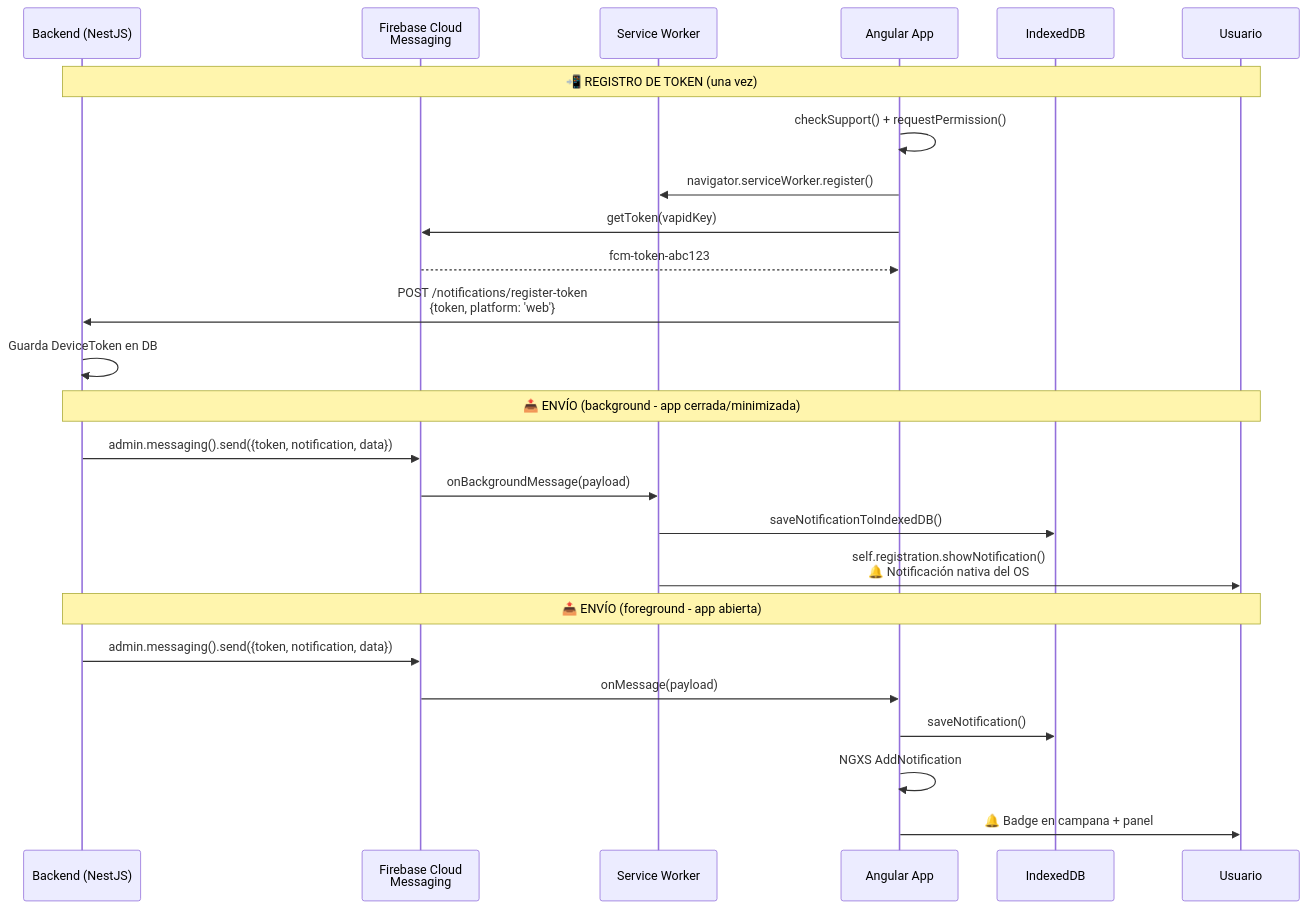
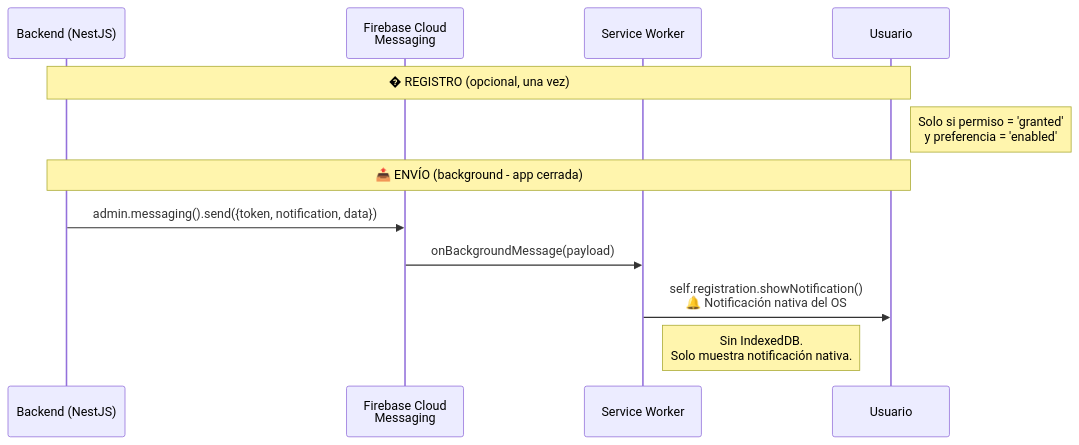
The third of 9 diagrams in docs/NOTIFICATIONS_FLOW.md (fedebracesco1990/fitflow), drawn with Mermaid before and after one commit. The commit also changed other lines of this file, not shown here.

First line of the commit message:
docs: update notifications flow documentation to reflect backend-first architecture

````diff
--- a/docs/NOTIFICATIONS_FLOW.md
+++ b/docs/NOTIFICATIONS_FLOW.md
@@ -95,30 +142,16 @@
 ```mermaid
 sequenceDiagram
     participant Backend as Backend (NestJS)
     participant FCM as Firebase Cloud<br/>Messaging
     participant SW as Service Worker
-    participant App as Angular App
-    participant IDB as IndexedDB
     participant User as Usuario
 
-    Note over Backend,User: 📲 REGISTRO DE TOKEN (una vez)
-    App->>App: checkSupport() + requestPermission()
-    App->>SW: navigator.serviceWorker.register()
-    App->>FCM: getToken(vapidKey)
-    FCM-->>App: fcm-token-abc123
-    App->>Backend: POST /notifications/register-token<br/>{token, platform: 'web'}
-    Backend->>Backend: Guarda DeviceToken en DB
+    Note over Backend,User: � REGISTRO (opcional, una vez)
+    Note right of User: Solo si permiso = 'granted'<br/>y preferencia = 'enabled'
 
-    Note over Backend,User: 📤 ENVÍO (background - app cerrada/minimizada)
+    Note over Backend,User: 📤 ENVÍO (background - app cerrada)
     Backend->>FCM: admin.messaging().send({token, notification, data})
     FCM->>SW: onBackgroundMessage(payload)
-    SW->>IDB: saveNotificationToIndexedDB()
     SW->>User: self.registration.showNotification()<br/>🔔 Notificación nativa del OS
-
-    Note over Backend,User: 📤 ENVÍO (foreground - app abierta)
-    Backend->>FCM: admin.messaging().send({token, notification, data})
-    FCM->>App: onMessage(payload)
-    App->>IDB: saveNotification()
-    App->>App: NGXS AddNotification
-    App->>User: 🔔 Badge en campana + panel
+    Note right of SW: Sin IndexedDB.<br/>Solo muestra notificación nativa.
 ```
````
